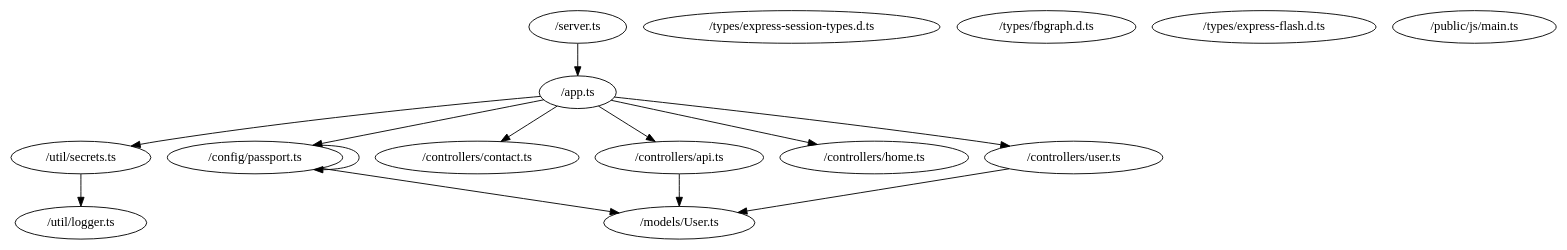
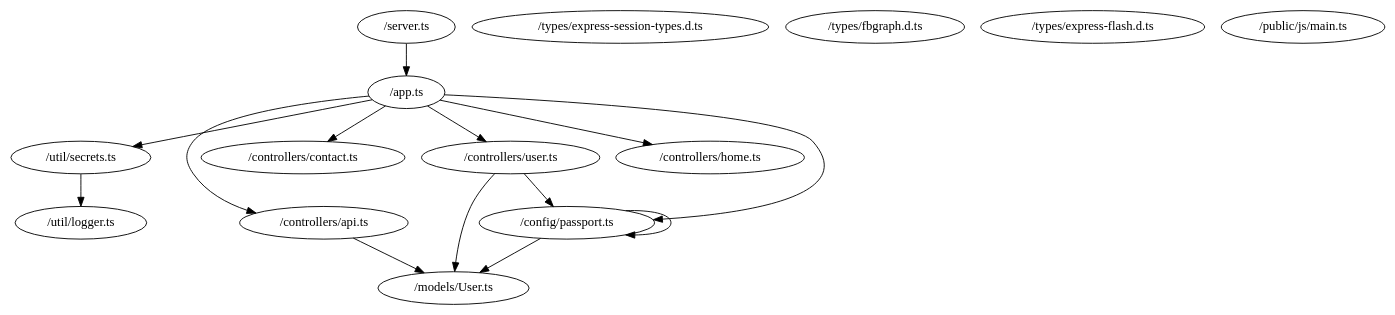
Before and after one commit to sharithg/craban: the diagram in example1.dot, drawn with Graphviz. The commit also changed 2 other files, not shown here.

```diff
--- a/example1.dot
+++ b/example1.dot
@@ -1,28 +1,29 @@
 digraph {
     0 [ label = "/app.ts" ]
     1 [ label = "/server.ts" ]
     2 [ label = "/types/express-session-types.d.ts" ]
     3 [ label = "/types/fbgraph.d.ts" ]
     4 [ label = "/types/express-flash.d.ts" ]
     5 [ label = "/util/secrets.ts" ]
     6 [ label = "/util/logger.ts" ]
     7 [ label = "/config/passport.ts" ]
     8 [ label = "/models/User.ts" ]
     9 [ label = "/controllers/contact.ts" ]
     10 [ label = "/controllers/api.ts" ]
     11 [ label = "/controllers/home.ts" ]
     12 [ label = "/controllers/user.ts" ]
     13 [ label = "/public/js/main.ts" ]
     0 -> 5 [ ]
     0 -> 11 [ ]
     0 -> 12 [ ]
     0 -> 10 [ ]
     0 -> 9 [ ]
     0 -> 7 [ ]
     1 -> 0 [ ]
     5 -> 6 [ ]
     7 -> 7 [ ]
     7 -> 8 [ ]
     10 -> 8 [ ]
     12 -> 8 [ ]
+    12 -> 7 [ ]
 }
```
